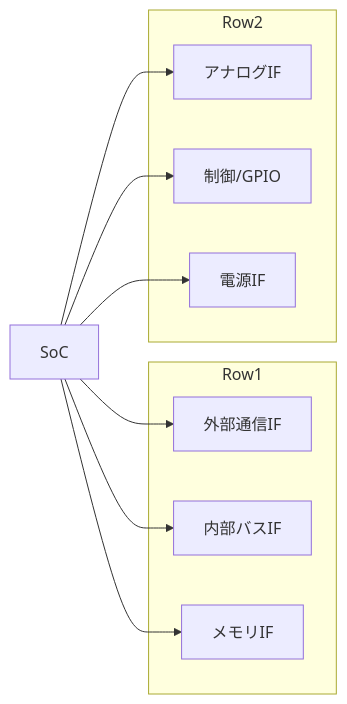
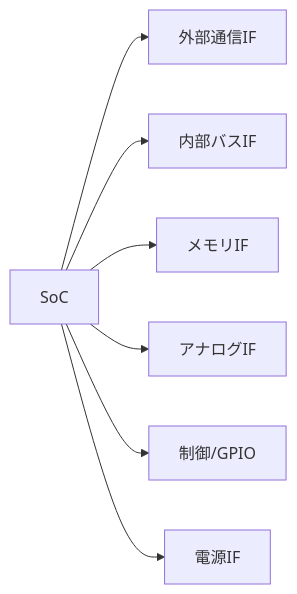
One commit to Samizo-AITL/Edusemi-v4x changed the diagram in chapter5a_spec_module_if/README.md. Above: the diagram before and after it, drawn with Mermaid.

````diff
--- a/chapter5a_spec_module_if/README.md
+++ b/chapter5a_spec_module_if/README.md
@@ -83,19 +83,10 @@
 ```mermaid
 flowchart LR
-    subgraph Row1
-        B[外部通信IF]
-        C[内部バスIF]
-        D[メモリIF]
-    end
-    subgraph Row2
-        E[アナログIF]
-        F[制御/GPIO]
-        G[電源IF]
-    end
-    A[SoC] --> B
-    A --> C
-    A --> D
-    A --> E
-    A --> F
-    A --> G
+    A[SoC]
+    A --> B[外部通信IF]
+    A --> C[内部バスIF]
+    A --> D[メモリIF]
+    A --> E[アナログIF]
+    A --> F[制御/GPIO]
+    A --> G[電源IF]
 ```
````
